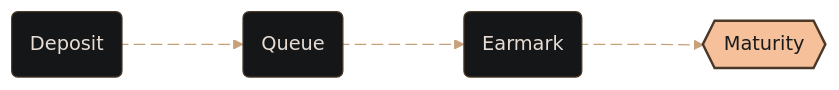
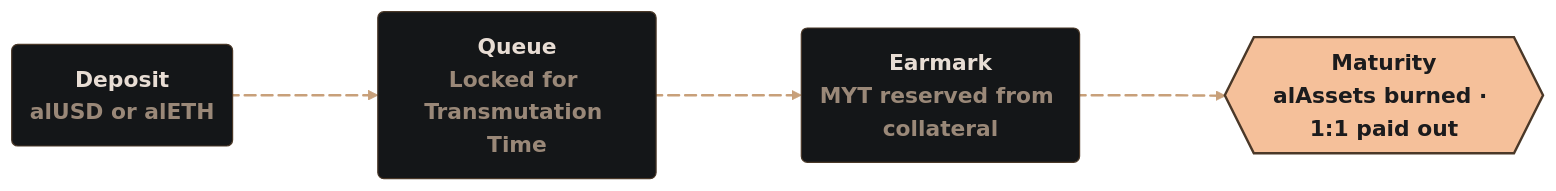
One commit to alchemix-finance/alchemix-v3-docs changed the diagram in docs/user/concepts/transmuter.md. Above: the diagram before and after it, drawn with Mermaid. The commit also changed other lines of this file and 31 other files, not shown here.

````diff
--- a/docs/user/concepts/transmuter.md
+++ b/docs/user/concepts/transmuter.md
@@ -24,21 +24,31 @@
 ```mermaid
 %%{init: {
   'theme': 'base',
   'themeVariables': {
     'fontFamily': 'Montserrat',
     'primaryColor': '#141618',
     'primaryBorderColor': '#4a3828',
     'primaryTextColor': '#e8ddd4',
     'lineColor': '#c8a07a',
     'edgeLabelBackground': '#0d0e10',
-    'tertiaryColor': '#141618'
+    'tertiaryColor': '#141618',
+    'fontSize': '18px'
   },
-  'flowchart': { 'curve': 'monotoneX', 'nodeSpacing': 80, 'rankSpacing': 100 }
+  'flowchart': { 'curve': 'monotoneX', 'nodeSpacing': 60, 'rankSpacing': 120 }
 }}%%
 flowchart LR
-    A(Deposit) e1@--> B(Queue) e2@--> C(Earmark) e3@--> D{{Maturity}}
+    classDef default font-weight:bold;
+
+    A(Deposit<br/><span style='color:#9a8878'>alUSD or alETH</span>)
+    B(Queue<br/><span style='color:#9a8878'>Locked for Transmutation Time</span>)
+    C(Earmark<br/><span style='color:#9a8878'>MYT reserved from collateral</span>)
+    D{{Maturity<br/>alAssets burned · 1:1 paid out}}
+
+    A e1@--> B e2@--> C e3@--> D
+
     style D fill:#f5c09a,stroke:#4a3828,stroke-width:2px,color:#1b1b1d
+    linkStyle 0,1,2 stroke:#c8a07a,stroke-width:2px
     e1@{ animation: slow }
     e2@{ animation: slow }
     e3@{ animation: fast }
 ```
````
